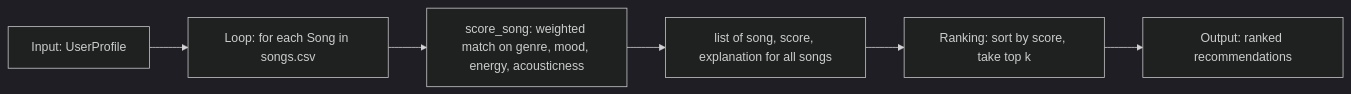
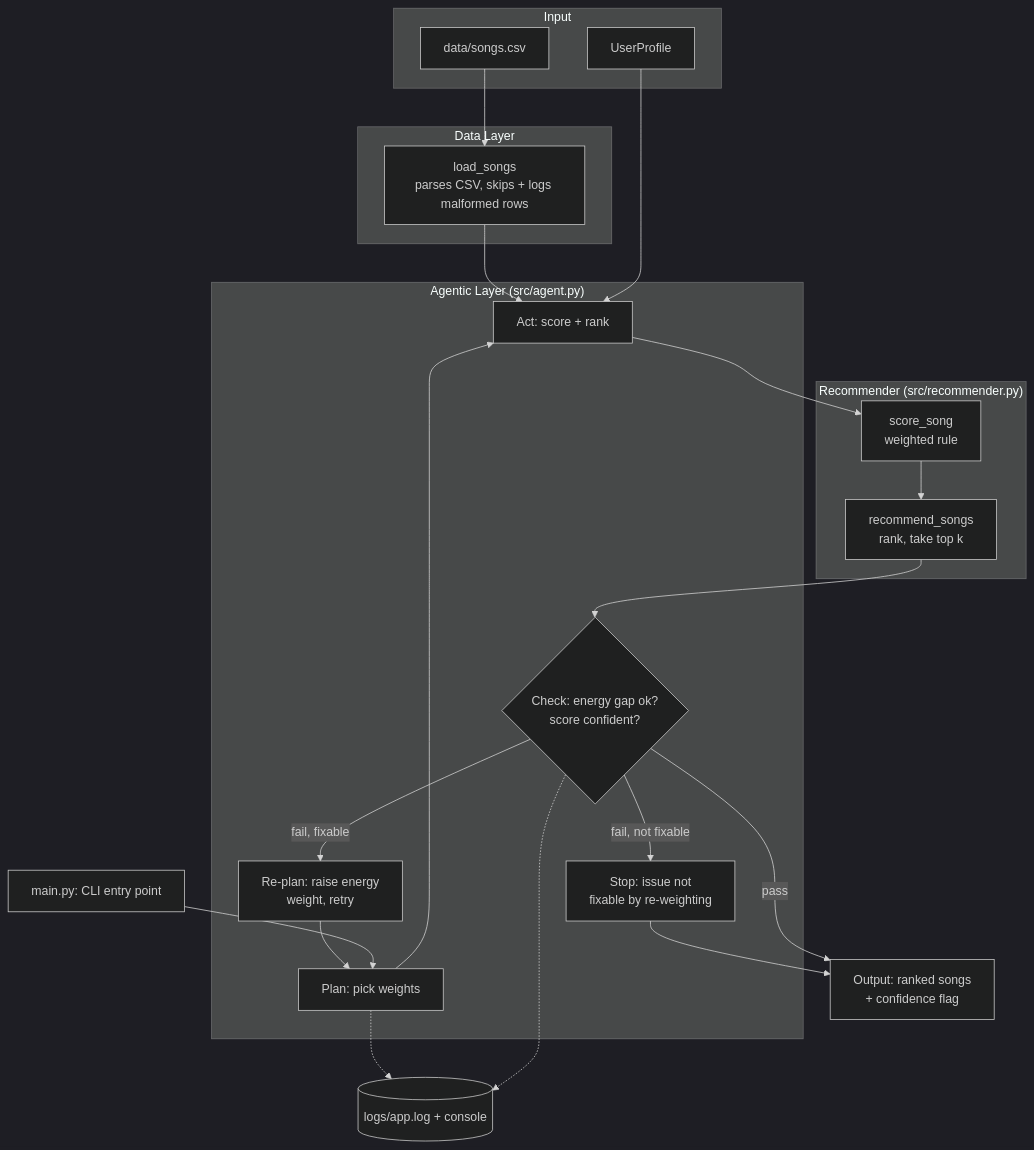
The diagram in README.md (rpathak0211/applied-ai-system-final), drawn with Mermaid (dark theme) before and after one commit. The commit also changed other lines of this file and 1 other file, not shown here.

````diff
--- a/README.md
+++ b/README.md
@@ -84,8 +40,38 @@
 ```mermaid
-flowchart LR
-    A[Input: UserProfile] --> B[Loop: for each Song in songs.csv]
-    B --> C[score_song: weighted match on genre, mood, energy, acousticness]
-    C --> D[list of song, score, explanation for all songs]
-    D --> E[Ranking: sort by score, take top k]
-    E --> F[Output: ranked recommendations]
+flowchart TD
+    subgraph Input
+        A1[data/songs.csv]
+        A2[UserProfile]
+    end
+
+    subgraph "Data Layer"
+        B[load_songs\nparses CSV, skips + logs malformed rows]
+    end
+
+    subgraph "Recommender (src/recommender.py)"
+        C[score_song\nweighted rule]
+        D[recommend_songs\nrank, take top k]
+    end
+
+    subgraph "Agentic Layer (src/agent.py)"
+        P[Plan: pick weights]
+        ACT[Act: score + rank]
+        CHK{Check: energy gap ok?\nscore confident?}
+        RP[Re-plan: raise energy\nweight, retry]
+        STOP[Stop: issue not\nfixable by re-weighting]
+    end
+
+    F[main.py: CLI entry point]
+    G[Output: ranked songs\n+ confidence flag]
+    LOG[(logs/app.log + console)]
+
+    A1 --> B --> ACT
+    A2 --> ACT
+    P --> ACT --> C --> D --> CHK
+    CHK -- fail, fixable --> RP --> P
+    CHK -- fail, not fixable --> STOP --> G
+    CHK -- pass --> G
+    F --> P
+    P -.-> LOG
+    CHK -.-> LOG
 ```
````
